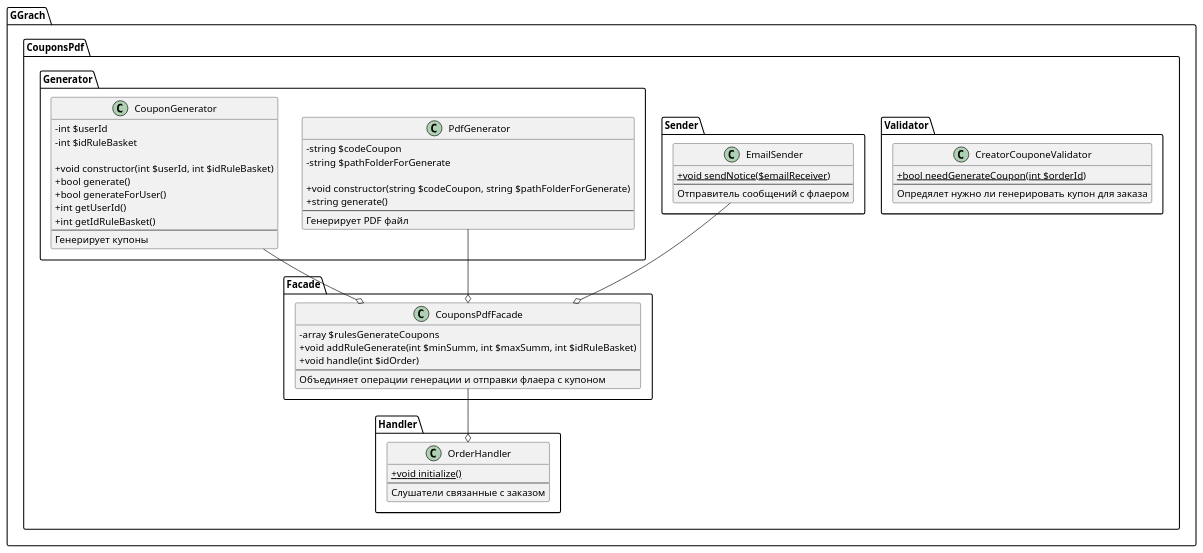
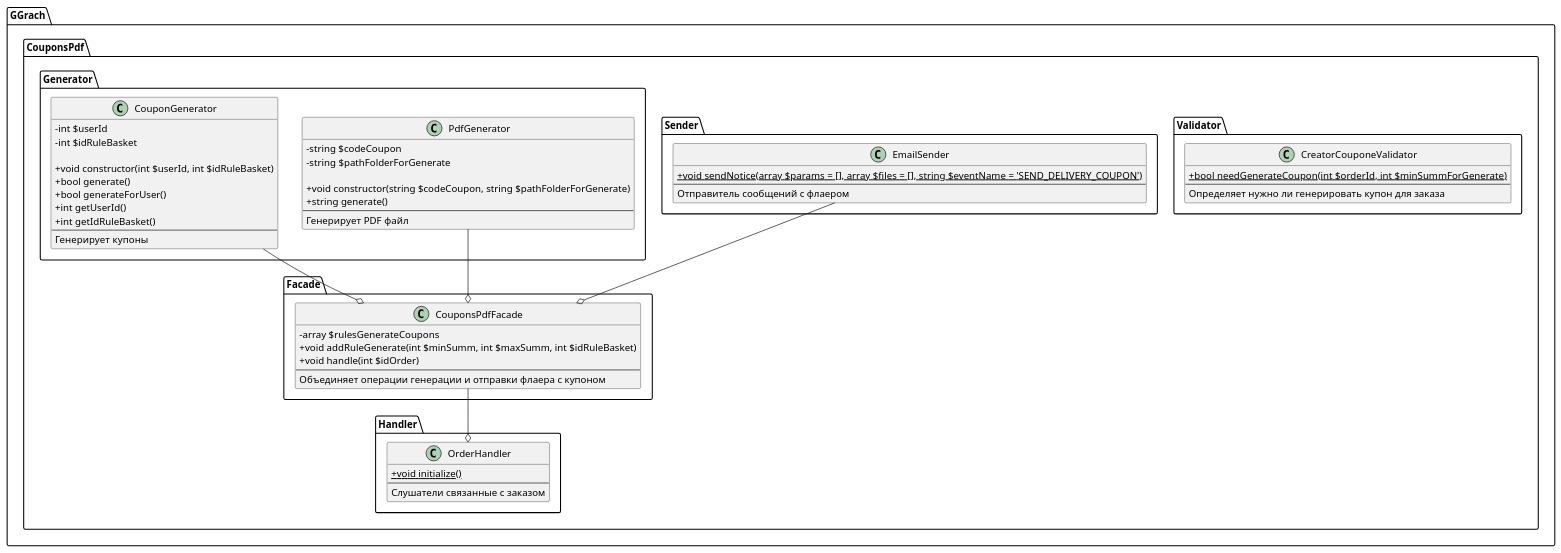
One commit to ggrachdev/bitrix_module_coupons_pdf changed the diagram in classes/structure.puml. Above: the diagram before and after it, drawn with PlantUML. The commit also changed 3 other files, not shown here.

```diff
--- a/classes/structure.puml
+++ b/classes/structure.puml
@@ -1,74 +1,74 @@
 @startuml
 
 skinparam classAttributeIconSize 0
 
 package GGrach.CouponsPdf {
     namespace Handler {
         class OrderHandler {
           + {static} void initialize()
           --
           Слушатели связанные с заказом 
         }
     }
 
     namespace Validator {
         class CreatorCouponeValidator{
-          + {static} bool needGenerateCoupon(int $orderId)
+          + {static} bool needGenerateCoupon(int $orderId, int $minSummForGenerate)
           --
-          Опредялет нужно ли генерировать купон для заказа
+          Определяет нужно ли генерировать купон для заказа
         }
     }
 
     namespace Sender {
         class EmailSender {
-          + {static} void sendNotice($emailReceiver)
+          + {static} void sendNotice(array $params = [], array $files = [], string $eventName = 'SEND_DELIVERY_COUPON')
           --
           Отправитель сообщений с флаером
         }
     }
 
     namespace Generator {
         class PdfGenerator {
           - string $сodeCoupon
           - string $pathFolderForGenerate
 
           + void constructor(string $сodeCoupon, string $pathFolderForGenerate)
           + string generate()
           --
           Генерирует PDF файл
         }
 
         class CouponGenerator {
           - int $userId
           - int $idRuleBasket
 
           + void constructor(int $userId, int $idRuleBasket)
           + bool generate()
           + bool generateForUser()
           + int getUserId()
           + int getIdRuleBasket()
           --
           Генерирует купоны
         }
     }
 
 
     namespace Facade {
         class CouponsPdfFacade {
           - array $rulesGenerateCoupons
           + void addRuleGenerate(int $minSumm, int $maxSumm, int $idRuleBasket)
           + void handle(int $idOrder)
           --
           Объединяет операции генерации и отправки флаера с купоном
         }
     }
 
 
     Generator.CouponGenerator --o Facade.CouponsPdfFacade
     Generator.PdfGenerator --o Facade.CouponsPdfFacade
     Sender.EmailSender --o Facade.CouponsPdfFacade
 
     Facade.CouponsPdfFacade --o Handler.OrderHandler
 }
 
 @enduml
```
